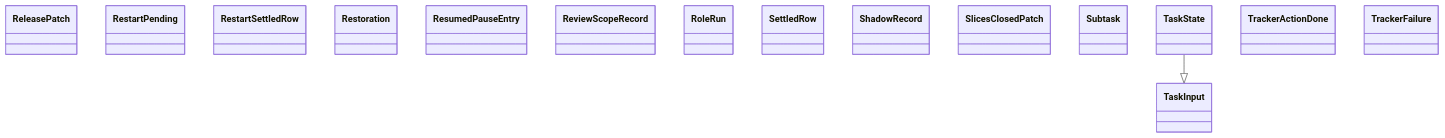
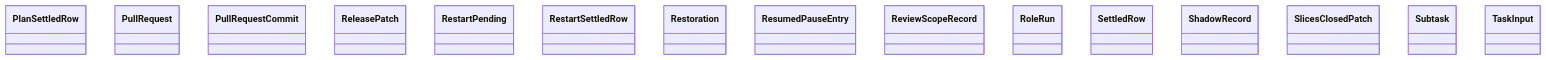
The diagram in docs/architecture/generated/classes-process-domain-state-7.md (GonzaloZevallos/agentic-system), drawn with Mermaid before and after one commit. The commit also changed other lines of this file and 46 other files, not shown here.

````diff
--- a/docs/architecture/generated/classes-process-domain-state-7.md
+++ b/docs/architecture/generated/classes-process-domain-state-7.md
@@ -28,19 +29,18 @@
 ```mermaid
 classDiagram
+    class task__PlanSettledRow["PlanSettledRow"]
+    class task__PullRequest["PullRequest"]
+    class task__PullRequestCommit["PullRequestCommit"]
     class task__ReleasePatch["ReleasePatch"]
     class task__RestartPending["RestartPending"]
     class task__RestartSettledRow["RestartSettledRow"]
     class task__Restoration["Restoration"]
     class task__ResumedPauseEntry["ResumedPauseEntry"]
     class task__ReviewScopeRecord["ReviewScopeRecord"]
     class task__RoleRun["RoleRun"]
     class task__SettledRow["SettledRow"]
     class task__ShadowRecord["ShadowRecord"]
     class task__SlicesClosedPatch["SlicesClosedPatch"]
     class task__Subtask["Subtask"]
     class task__TaskInput["TaskInput"]
-    class task__TaskState["TaskState"]
-    class task__TrackerActionDone["TrackerActionDone"]
-    class task__TrackerFailure["TrackerFailure"]
-    task__TaskState --|> task__TaskInput
 ```
````
